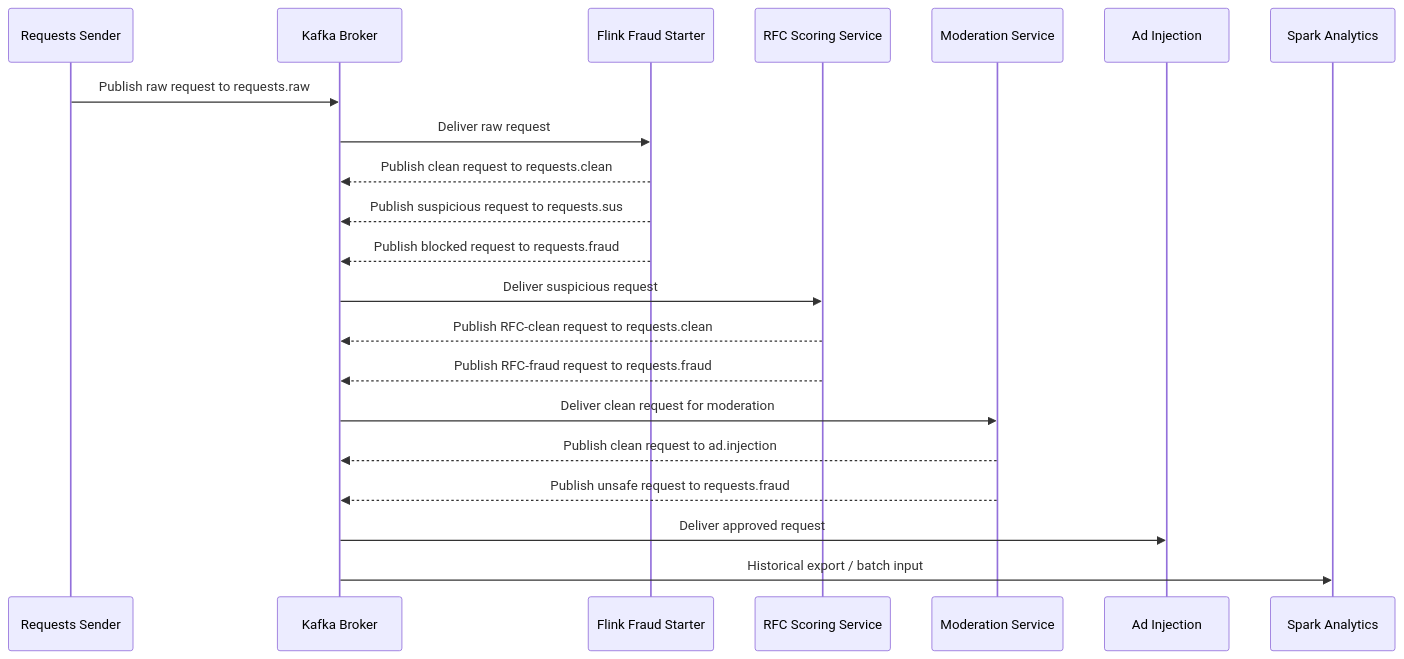
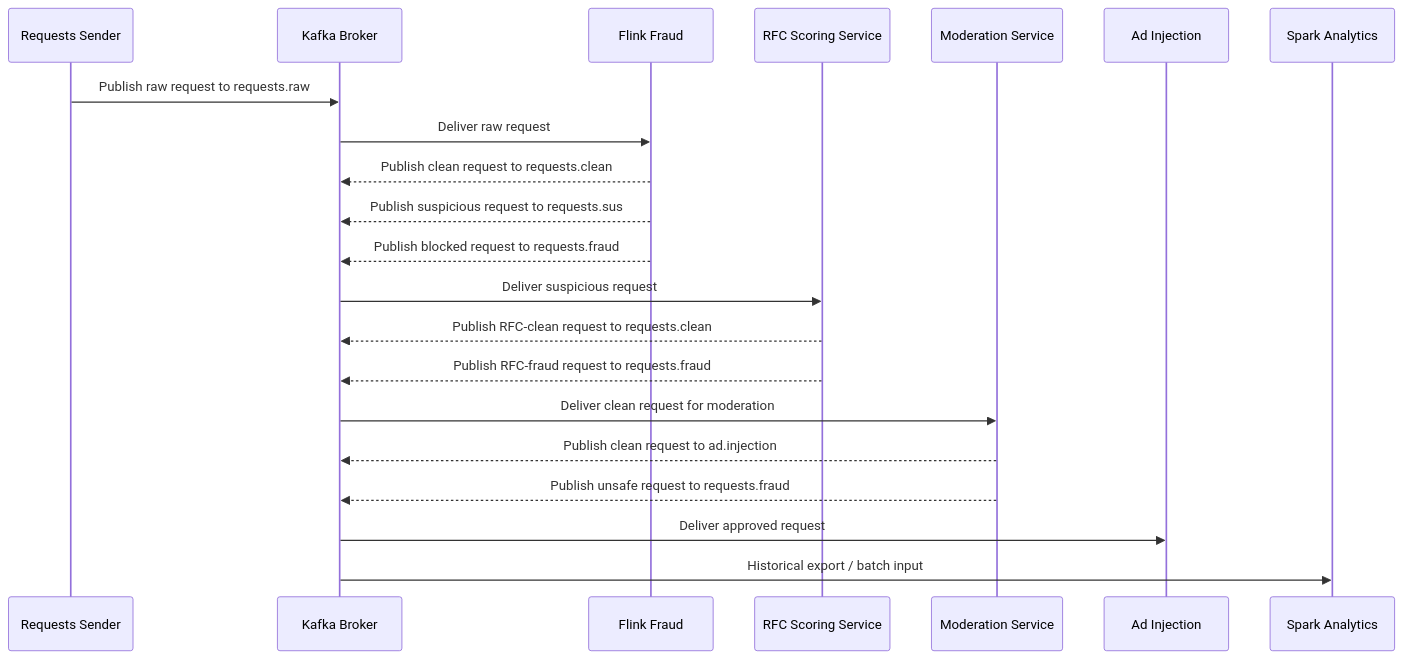
Before and after one commit to IamMistake/ai-ad-request-safety-pipeline: the second of 2 diagrams in docs/current_architecture.md, drawn with Mermaid. The commit also changed other lines of this file and 2 other files, not shown here.

First line of the commit message:
docs: sync 3 stale docs with current Flink rules, RFC & Spark status

````diff
--- a/docs/current_architecture.md
+++ b/docs/current_architecture.md
@@ -30,24 +30,24 @@
 ```mermaid
 sequenceDiagram
-    participant Sim as Requests Sender
+    participant Sender as Requests Sender
     participant Kafka as Kafka Broker
-    participant Flink as Flink Fraud Starter
+    participant Flink as Flink Fraud
     participant RFC as RFC Scoring Service
     participant Mod as Moderation Service
     participant Ad as Ad Injection
     participant Spark as Spark Analytics
 
-    Sim->>Kafka: Publish raw request to requests.raw
+    Sender->>Kafka: Publish raw request to requests.raw
     Kafka->>Flink: Deliver raw request
     Flink-->>Kafka: Publish clean request to requests.clean
     Flink-->>Kafka: Publish suspicious request to requests.sus
     Flink-->>Kafka: Publish blocked request to requests.fraud
     Kafka->>RFC: Deliver suspicious request
     RFC-->>Kafka: Publish RFC-clean request to requests.clean
     RFC-->>Kafka: Publish RFC-fraud request to requests.fraud
     Kafka->>Mod: Deliver clean request for moderation
     Mod-->>Kafka: Publish clean request to ad.injection
     Mod-->>Kafka: Publish unsafe request to requests.fraud
     Kafka->>Ad: Deliver approved request
     Kafka->>Spark: Historical export / batch input
 ```
````
